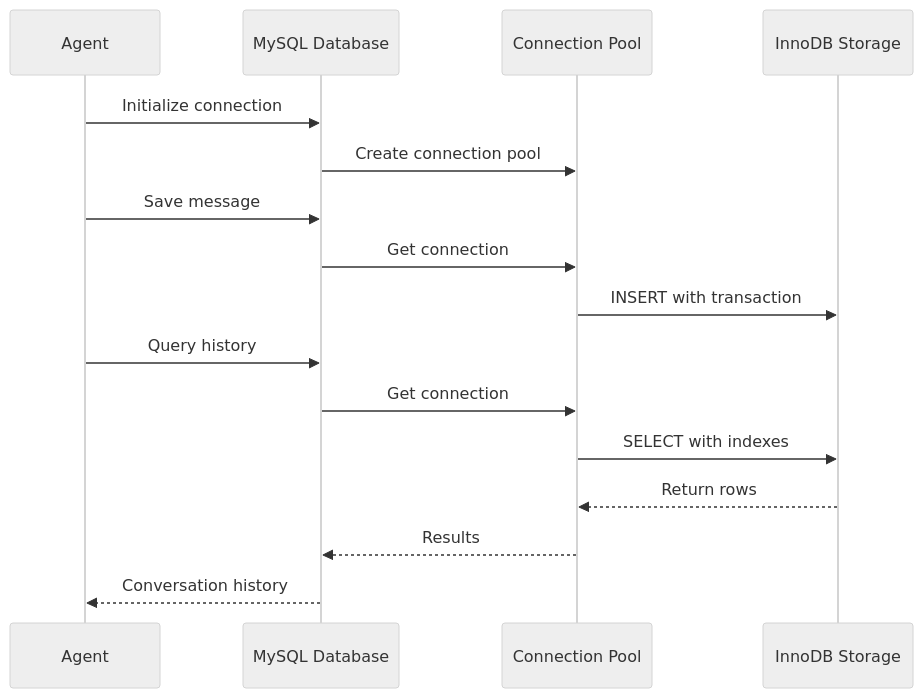
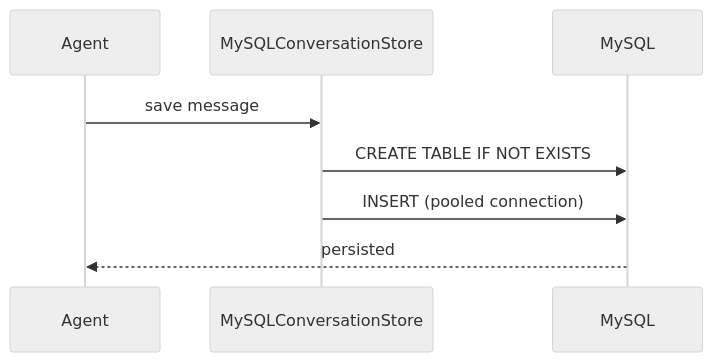
One commit to MervinPraison/PraisonAIDocs changed the second of 2 diagrams in docs/features/persistence-mysql.mdx. Above: the diagram before and after it, drawn with Mermaid (neutral theme). The commit also changed other lines of this file and 4 other files, not shown here.

````diff
--- a/docs/features/persistence-mysql.mdx
+++ b/docs/features/persistence-mysql.mdx
@@ -70,19 +83,11 @@
 ```mermaid
 sequenceDiagram
     participant Agent
-    participant MySQL as MySQL Database
-    participant Pool as Connection Pool
-    participant Storage as InnoDB Storage
-    
-    Agent->>MySQL: Initialize connection
-    MySQL->>Pool: Create connection pool
-    Agent->>MySQL: Save message
-    MySQL->>Pool: Get connection
-    Pool->>Storage: INSERT with transaction
-    Agent->>MySQL: Query history
-    MySQL->>Pool: Get connection  
-    Pool->>Storage: SELECT with indexes
-    Storage-->>Pool: Return rows
-    Pool-->>MySQL: Results
-    MySQL-->>Agent: Conversation history
+    participant Store as MySQLConversationStore
+    participant MySQL
+
+    Agent->>Store: save message
+    Store->>MySQL: CREATE TABLE IF NOT EXISTS
+    Store->>MySQL: INSERT (pooled connection)
+    MySQL-->>Agent: persisted
 ```
````
